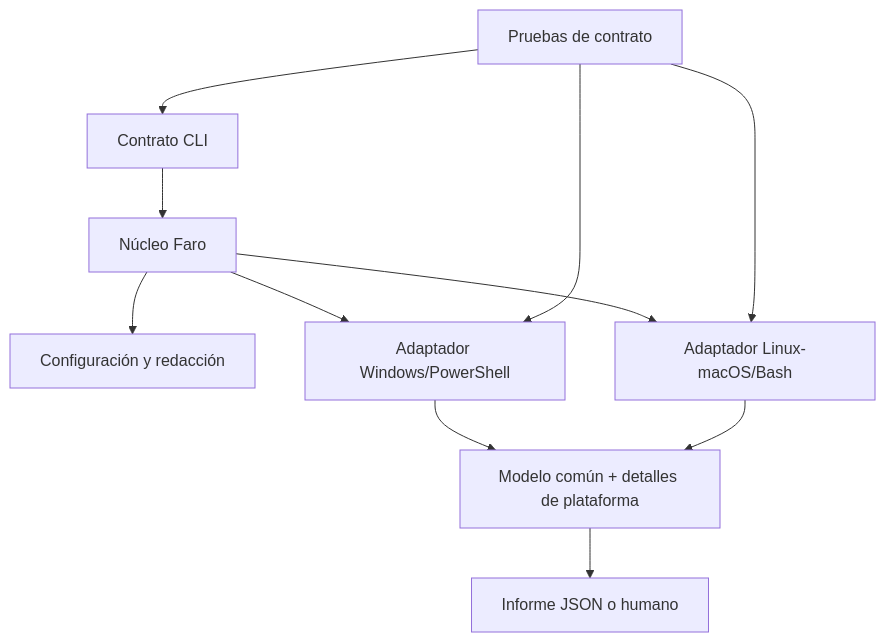
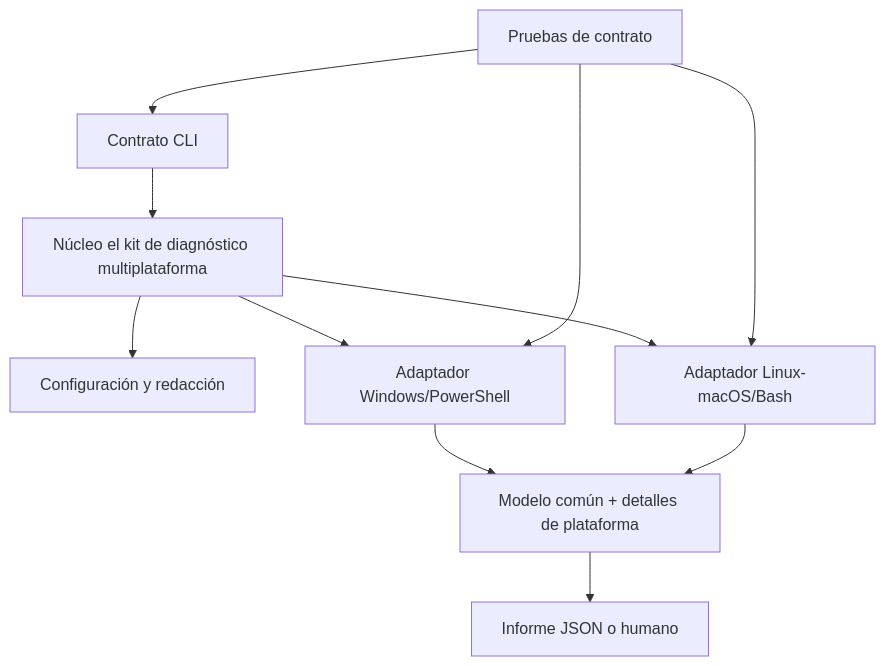
Before and after one commit to vladimiracunadev-create/modern-software-engineering-program: the second of 2 diagrams in content/part-02/SE-036.md, drawn with Mermaid. The commit also changed other lines of this file and 13 other files, not shown here.

````diff
--- a/content/part-02/SE-036.md
+++ b/content/part-02/SE-036.md
@@ -90,13 +90,13 @@
 ```mermaid
 flowchart TB
-    CLI[Contrato CLI] --> CORE[Núcleo Faro]
+    CLI[Contrato CLI] --> CORE[Núcleo el kit de diagnóstico multiplataforma]
     CORE --> CFG[Configuración y redacción]
     CORE --> WIN[Adaptador Windows/PowerShell]
     CORE --> POSIX[Adaptador Linux-macOS/Bash]
     WIN --> MODEL[Modelo común + detalles de plataforma]
     POSIX --> MODEL
     MODEL --> REPORT[Informe JSON o humano]
     TESTS[Pruebas de contrato] --> CLI
     TESTS --> WIN
     TESTS --> POSIX
 ```
````
